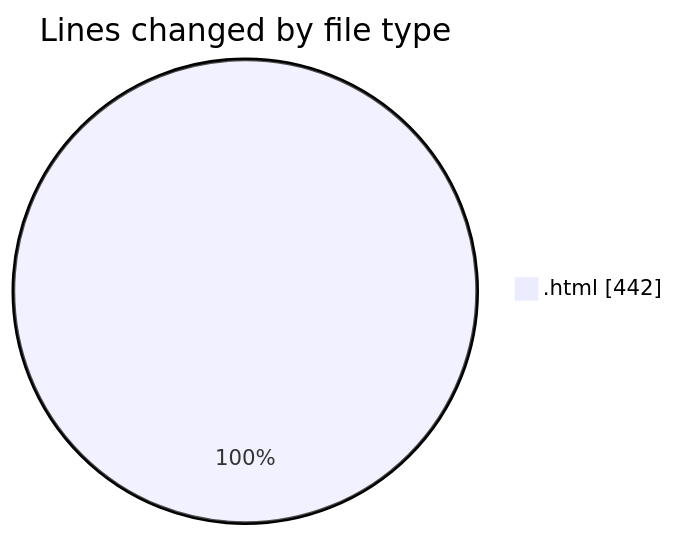
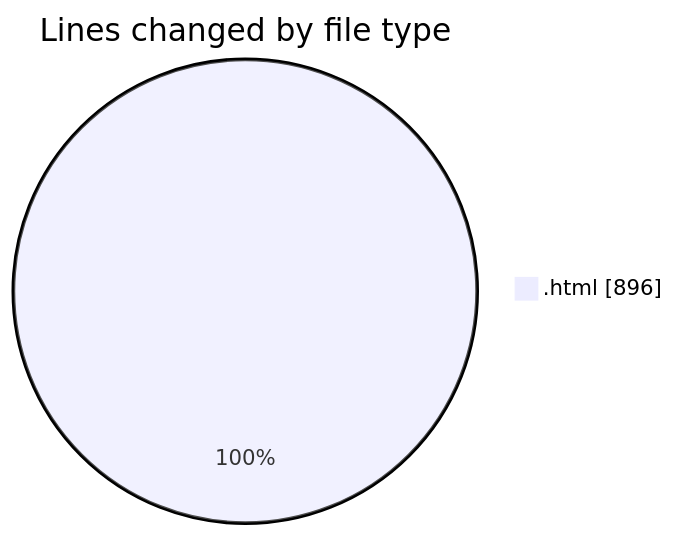
The first of 2 diagrams in 2025-12-10/www/README.md (vahidmafi/code-tracking), drawn with Mermaid before and after one commit. The commit also changed other lines of this file and 1 other file, not shown here.

````diff
--- a/2025-12-10/www/README.md
+++ b/2025-12-10/www/README.md
@@ -20,5 +20,5 @@
 ```mermaid
 pie showData
 title Lines changed by file type
-".html" : 442
+".html" : 896
 ```
````
